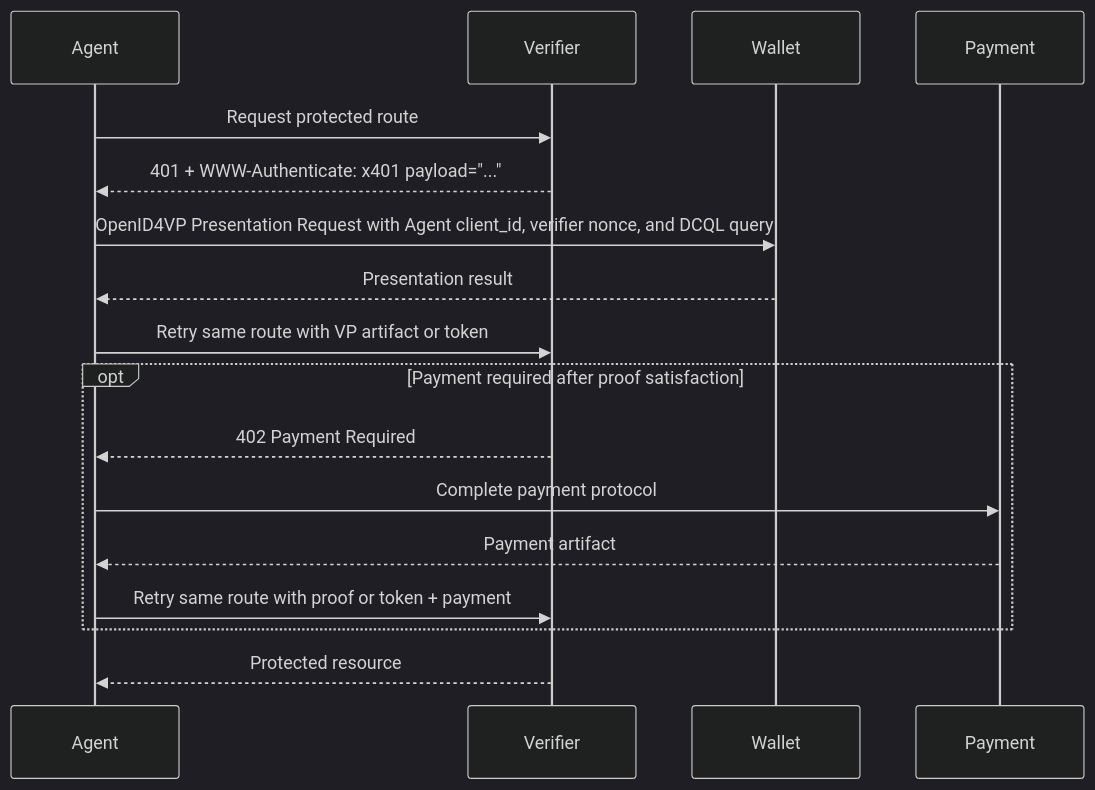
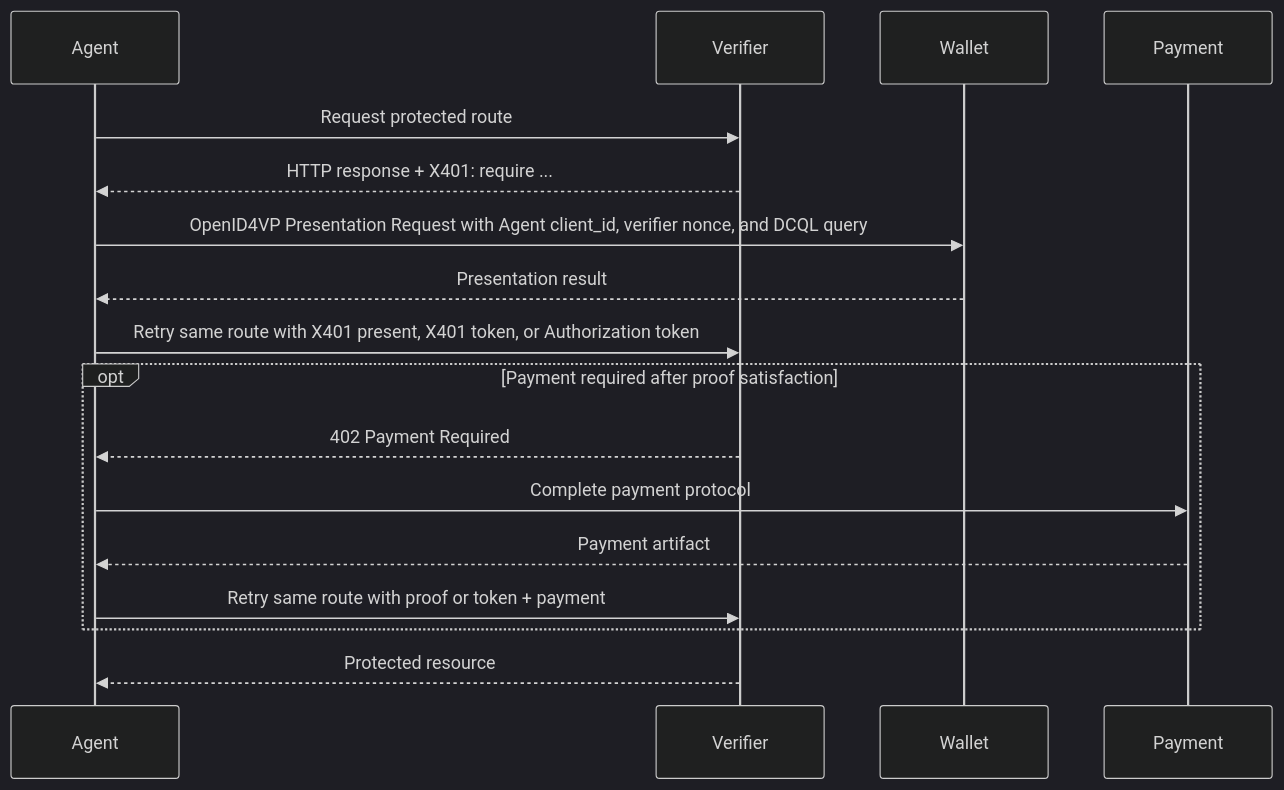
The first of 2 diagrams in spec.md (proof/x401), drawn with Mermaid (dark theme) before and after one commit. The commit also changed other lines of this file and 4 other files, not shown here.

````diff
--- a/spec.md
+++ b/spec.md
@@ -220,19 +224,19 @@
 ```mermaid
 sequenceDiagram
     participant Agent
     participant Verifier
     participant Wallet
     participant Payment
     Agent->>Verifier: Request protected route
-    Verifier-->>Agent: 401 + WWW-Authenticate: x401 payload="..."
+    Verifier-->>Agent: HTTP response + X401: require ...
     Agent->>Wallet: OpenID4VP Presentation Request with Agent client_id, verifier nonce, and DCQL query
     Wallet-->>Agent: Presentation result
-    Agent->>Verifier: Retry same route with VP artifact or token
+    Agent->>Verifier: Retry same route with X401 present, X401 token, or Authorization token
     opt Payment required after proof satisfaction
         Verifier-->>Agent: 402 Payment Required
         Agent->>Payment: Complete payment protocol
         Payment-->>Agent: Payment artifact
         Agent->>Verifier: Retry same route with proof or token + payment
     end
     Verifier-->>Agent: Protected resource
 ```
````
